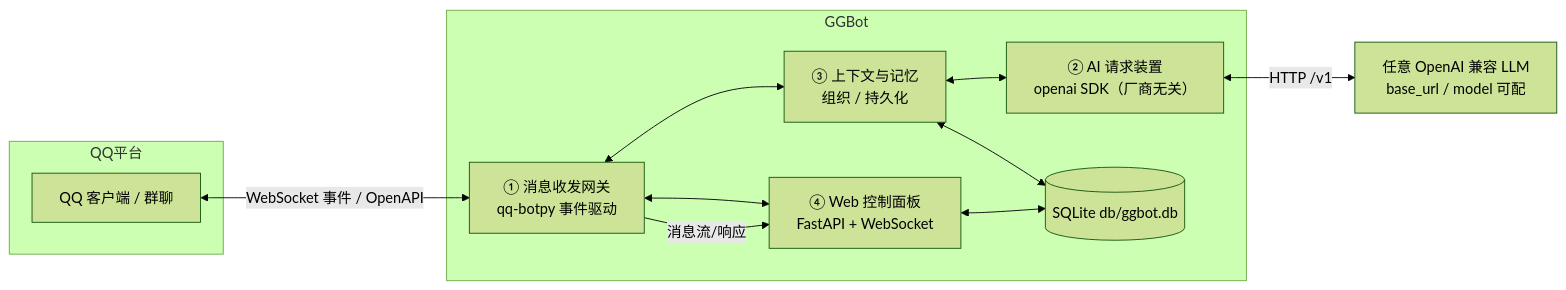
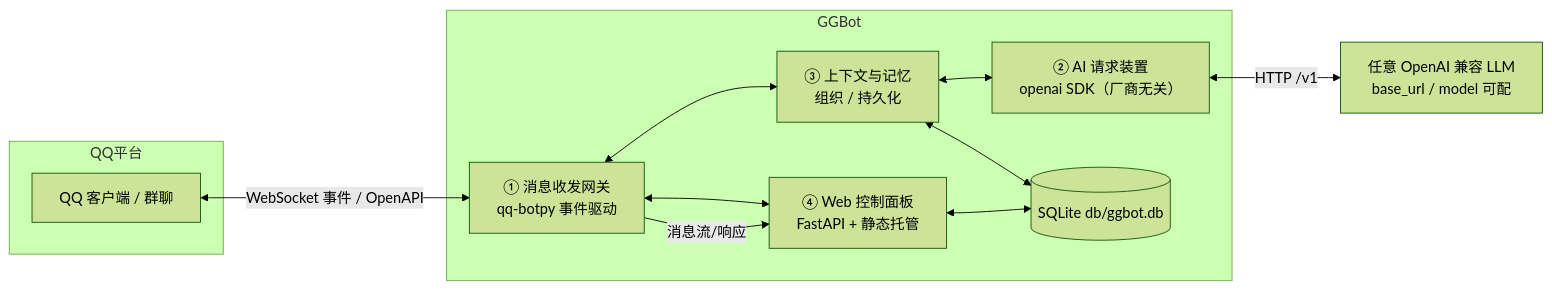
The second of 2 diagrams in README.md (Gove2004/GGBot), drawn with Mermaid (forest theme) before and after one commit. The commit also changed other lines of this file and 1 other file, not shown here.

````diff
--- a/README.md
+++ b/README.md
@@ -528,21 +535,21 @@
 ```mermaid
 flowchart LR
     subgraph QQ平台
         QQ[QQ 客户端 / 群聊]
     end
     subgraph GGBot
         GW["① 消息收发网关<br/>qq-botpy 事件驱动"]
         AI["② AI 请求装置<br/>openai SDK（厂商无关）"]
         CTX["③ 上下文与记忆<br/>组织 / 持久化"]
-        WEB["④ Web 控制面板<br/>FastAPI + WebSocket"]
+        WEB["④ Web 控制面板<br/>FastAPI + 静态托管"]
         DB[("SQLite db/ggbot.db")]
     end
     QQ <-->|"WebSocket 事件 / OpenAPI"| GW
     GW <--> CTX
     CTX <--> AI
     AI <-->|"HTTP /v1"| DS["任意 OpenAI 兼容 LLM<br/>base_url / model 可配"]
     GW <--> WEB
     CTX <--> DB
     WEB <--> DB
     GW -->|"消息流/响应"| WEB
 ```
````
